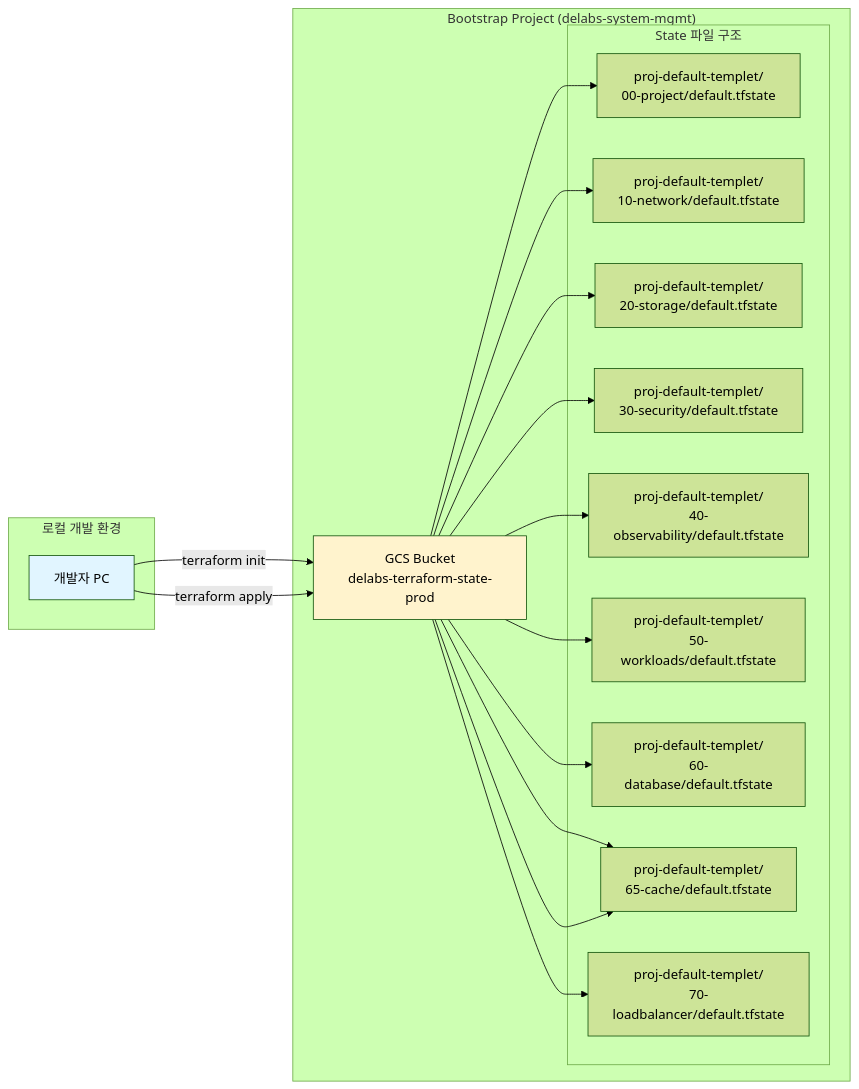
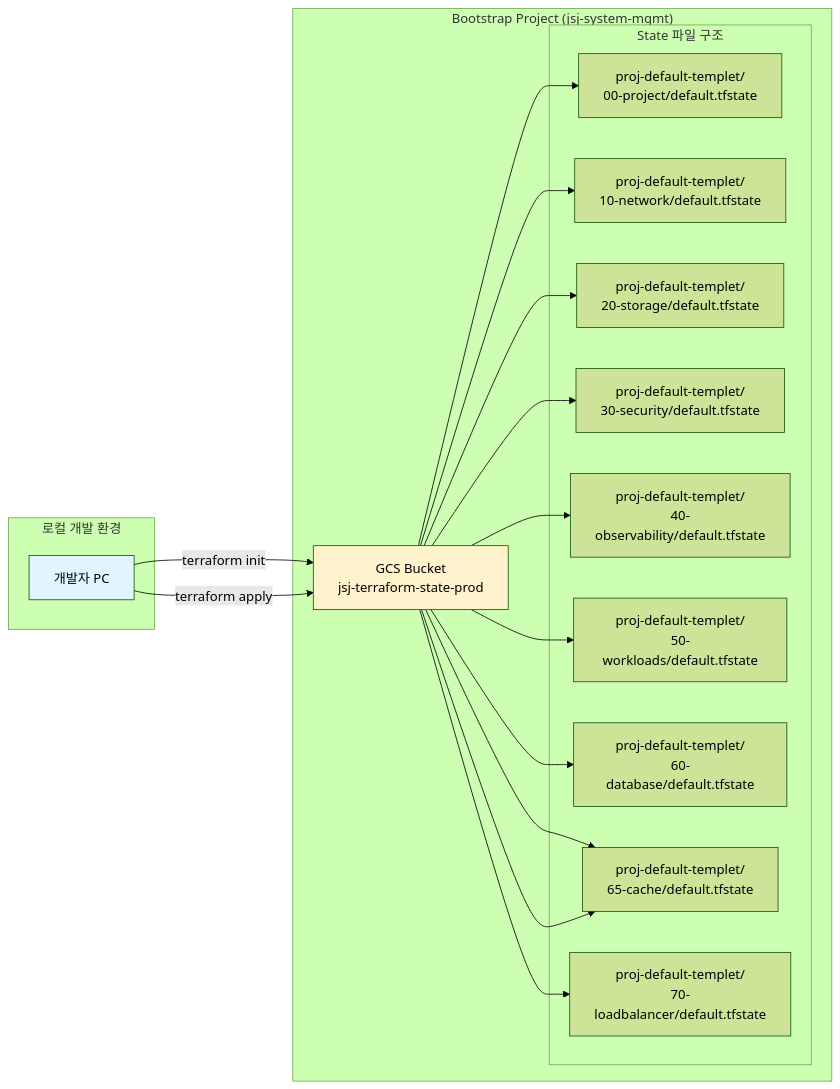
The second of 9 diagrams in terraform_gcp_infra/01_ARCHITECTURE.md (JSJ2337/GCP_terraform_code), drawn with Mermaid (forest theme) before and after one commit. The commit also changed other lines of this file and 5 other files, not shown here.

First line of the commit message:
docs: 명칭 통일(jsj-system-mgmt/jsj-terraform-state-prod) 및 bootstrap 옵션/적용 기록 추가

````diff
--- a/terraform_gcp_infra/01_ARCHITECTURE.md
+++ b/terraform_gcp_infra/01_ARCHITECTURE.md
@@ -96,38 +96,38 @@
 ```mermaid
 graph LR
     subgraph "로컬 개발 환경"
         DEV[개발자 PC]
     end
 
-    subgraph "Bootstrap Project (delabs-system-mgmt)"
-        BUCKET[GCS Bucket<br/>delabs-terraform-state-prod]
+    subgraph "Bootstrap Project (jsj-system-mgmt)"
+        BUCKET[GCS Bucket<br/>jsj-terraform-state-prod]
 
         subgraph "State 파일 구조"
             S1[proj-default-templet/<br/>00-project/default.tfstate]
             S2[proj-default-templet/<br/>10-network/default.tfstate]
             S3[proj-default-templet/<br/>20-storage/default.tfstate]
             S4[proj-default-templet/<br/>30-security/default.tfstate]
             S5[proj-default-templet/<br/>40-observability/default.tfstate]
             S6[proj-default-templet/<br/>50-workloads/default.tfstate]
             S7[proj-default-templet/<br/>60-database/default.tfstate]
             S8[proj-default-templet/<br/>65-cache/default.tfstate]
             S9[proj-default-templet/<br/>70-loadbalancer/default.tfstate]
         end
     end
 
     DEV -->|terraform init| BUCKET
     DEV -->|terraform apply| BUCKET
     BUCKET --> S1
     BUCKET --> S2
     BUCKET --> S3
     BUCKET --> S4
     BUCKET --> S5
     BUCKET --> S6
     BUCKET --> S7
     BUCKET --> S8
     BUCKET --> S9
     BUCKET --> S8
 
     style BUCKET fill:#fff3cd
     style DEV fill:#e1f5ff
 ```
````
